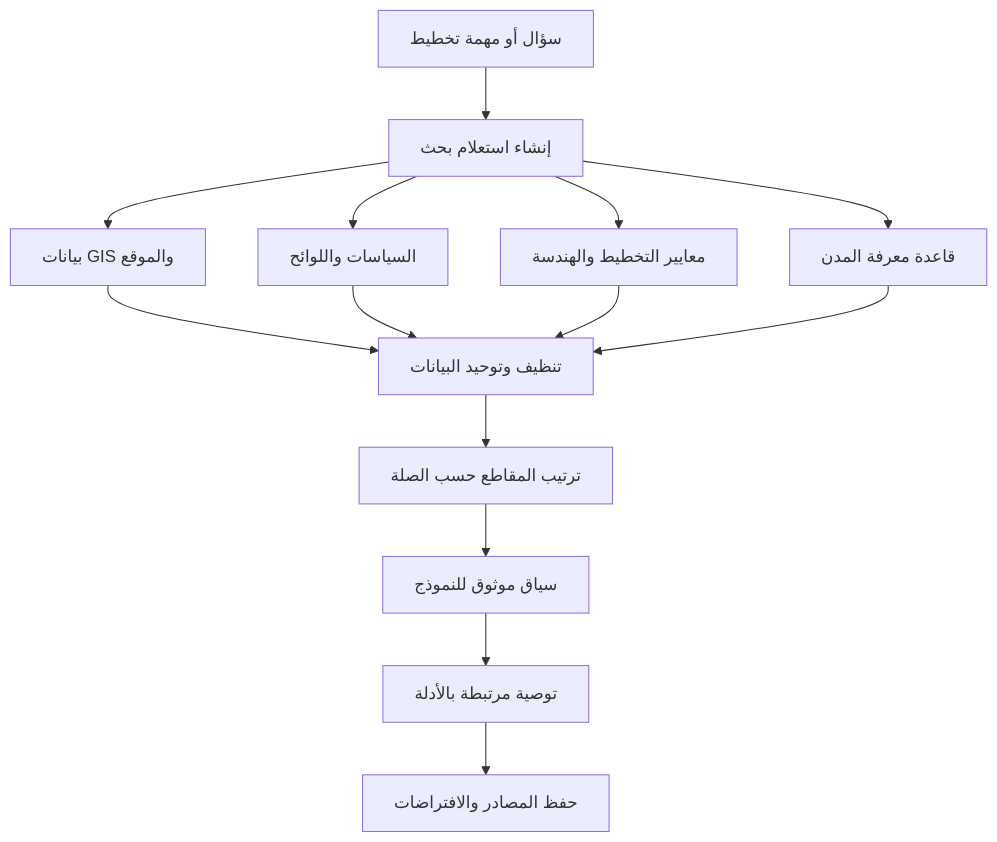
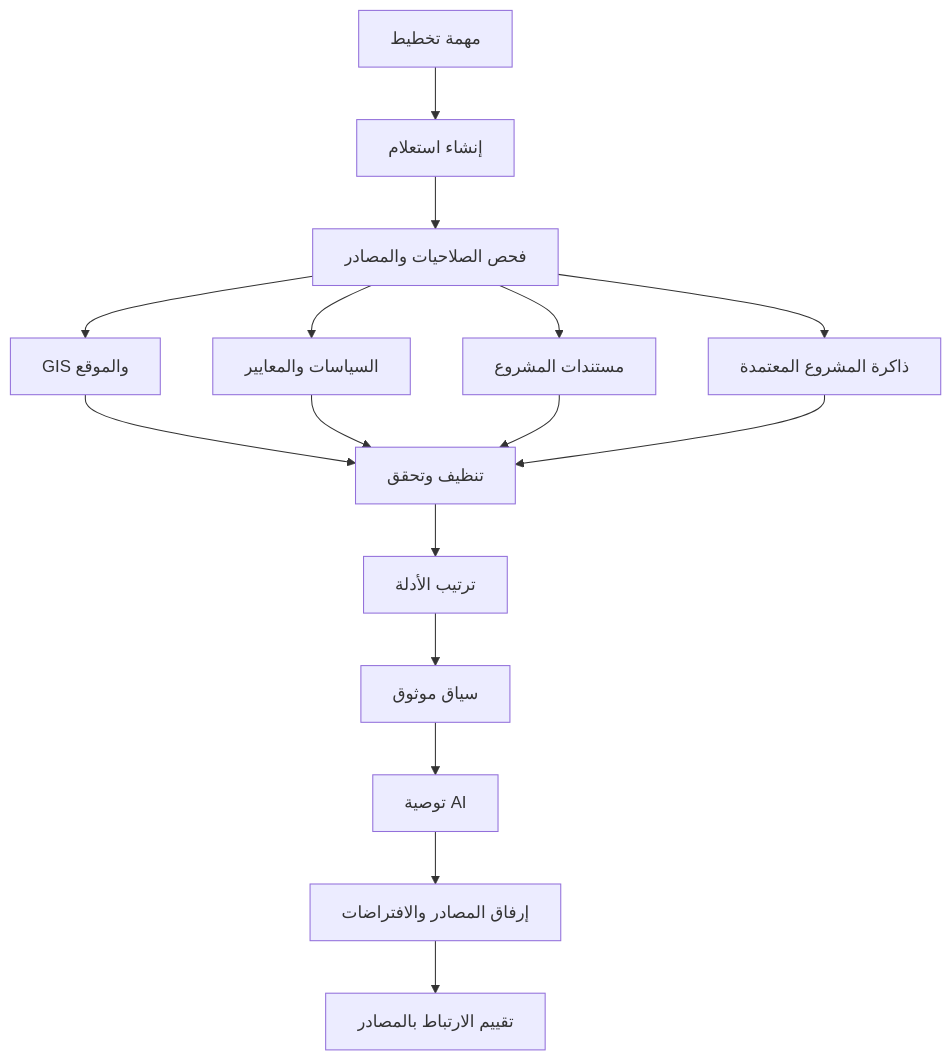
One commit to 1o8t/AI-Future-Lab changed the second of 4 diagrams in docs/ar/AI_MODEL_WORKFLOWS.md. Above: the diagram before and after it, drawn with Mermaid. The commit also changed other lines of this file, not shown here.

````diff
--- a/docs/ar/AI_MODEL_WORKFLOWS.md
+++ b/docs/ar/AI_MODEL_WORKFLOWS.md
@@ -41,16 +336,18 @@
 ```mermaid
 flowchart TD
-    A[سؤال أو مهمة تخطيط] --> B[إنشاء استعلام بحث]
-    B --> C[بيانات GIS والموقع]
-    B --> D[السياسات واللوائح]
-    B --> E[معايير التخطيط والهندسة]
-    B --> F[قاعدة معرفة المدن]
-    C --> G[تنظيف وتوحيد البيانات]
-    D --> G
-    E --> G
-    F --> G
-    G --> H[ترتيب المقاطع حسب الصلة]
-    H --> I[سياق موثوق للنموذج]
-    I --> J[توصية مرتبطة بالأدلة]
-    J --> K[حفظ المصادر والافتراضات]
+    A[مهمة تخطيط] --> B[إنشاء استعلام]
+    B --> C[فحص الصلاحيات والمصادر]
+    C --> D[GIS والموقع]
+    C --> E[السياسات والمعايير]
+    C --> F[مستندات المشروع]
+    C --> G[ذاكرة المشروع المعتمدة]
+    D --> H[تنظيف وتحقق]
+    E --> H
+    F --> H
+    G --> H
+    H --> I[ترتيب الأدلة]
+    I --> J[سياق موثوق]
+    J --> K[توصية AI]
+    K --> L[إرفاق المصادر والافتراضات]
+    L --> M[تقييم الارتباط بالمصادر]
 ```
````
